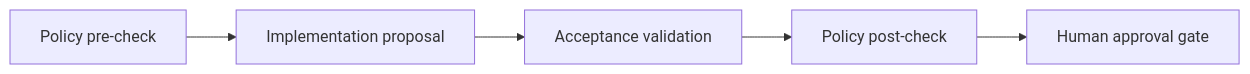
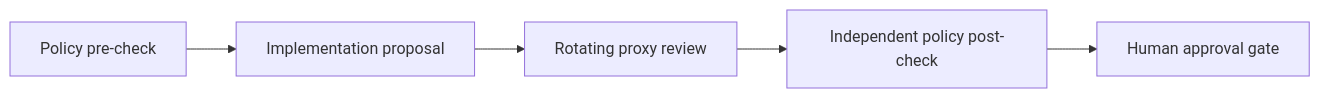
One commit to HappyMiha/AgentFactory changed the diagram in docs/workflows.md. Above: the diagram before and after it, drawn with Mermaid. The commit also changed other lines of this file and 5 other files, not shown here.

Commit message:
docs: record independent review workflow

````diff
--- a/docs/workflows.md
+++ b/docs/workflows.md
@@ -9,7 +9,7 @@
 ```mermaid
 flowchart LR
     P["Policy pre-check"] --> I["Implementation proposal"]
-    I --> V["Acceptance validation"]
-    V --> O["Policy post-check"]
+    I --> V["Rotating proxy review"]
+    V --> O["Independent policy post-check"]
     O --> H["Human approval gate"]
 ```
````
